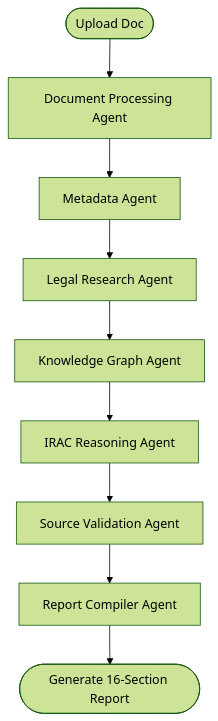
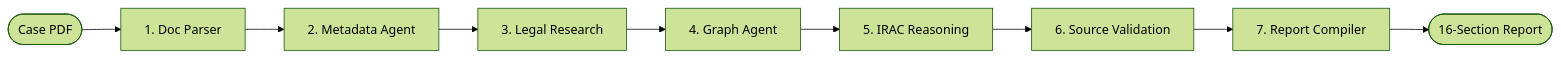
One commit to gokul03-tech/lex-org changed the second of 4 diagrams in README.md. Above: the diagram before and after it, drawn with Mermaid (forest theme). The commit also changed other lines of this file, not shown here.

````diff
--- a/README.md
+++ b/README.md
@@ -55,11 +218,11 @@
 ```mermaid
-flowchart TD
-    Start([Upload Doc]) --> Agent1[Document Processing Agent]
-    Agent1 --> Agent2[Metadata Agent]
-    Agent2 --> Agent3[Legal Research Agent]
-    Agent3 --> Agent4[Knowledge Graph Agent]
-    Agent4 --> Agent5[IRAC Reasoning Agent]
-    Agent5 --> Agent6[Source Validation Agent]
-    Agent6 --> Agent7[Report Compiler Agent]
-    Agent7 --> End([Generate 16-Section Report])
+flowchart LR
+    Start([Case PDF]) --> A1[1. Doc Parser]
+    A1 --> A2[2. Metadata Agent]
+    A2 --> A3[3. Legal Research]
+    A3 --> A4[4. Graph Agent]
+    A4 --> A5[5. IRAC Reasoning]
+    A5 --> A6[6. Source Validation]
+    A6 --> A7[7. Report Compiler]
+    A7 --> End([16-Section Report])
 ```
````
